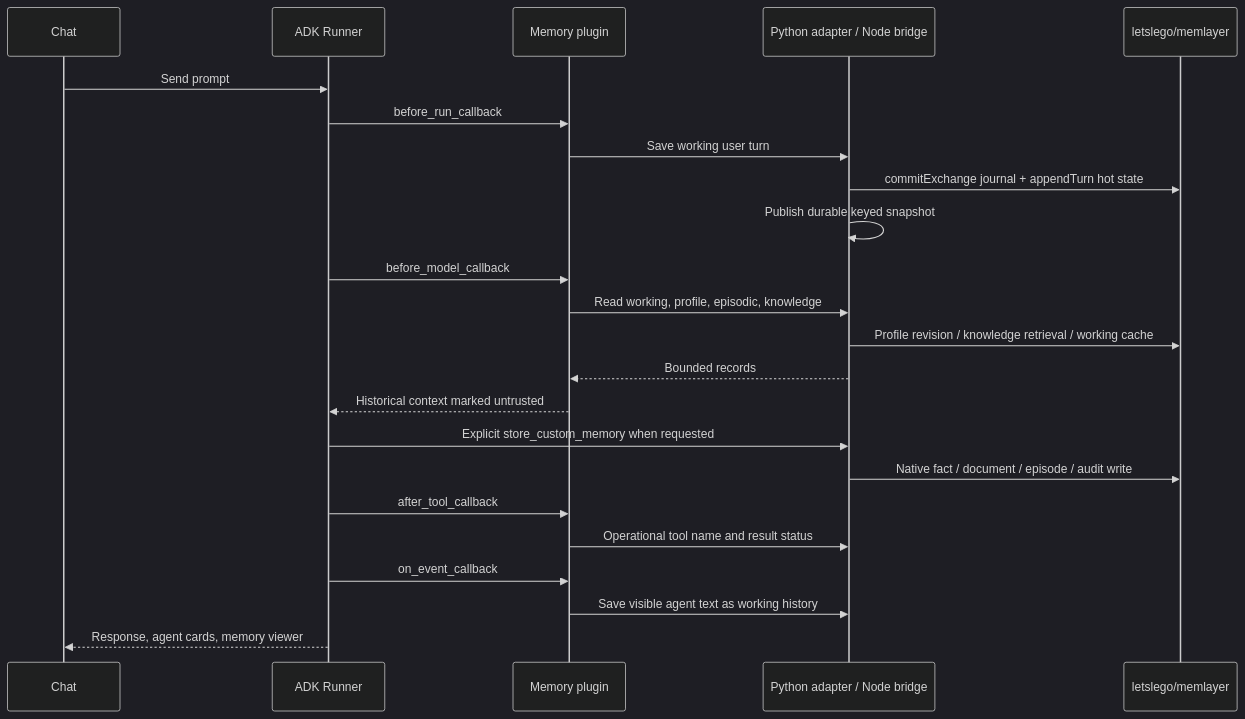
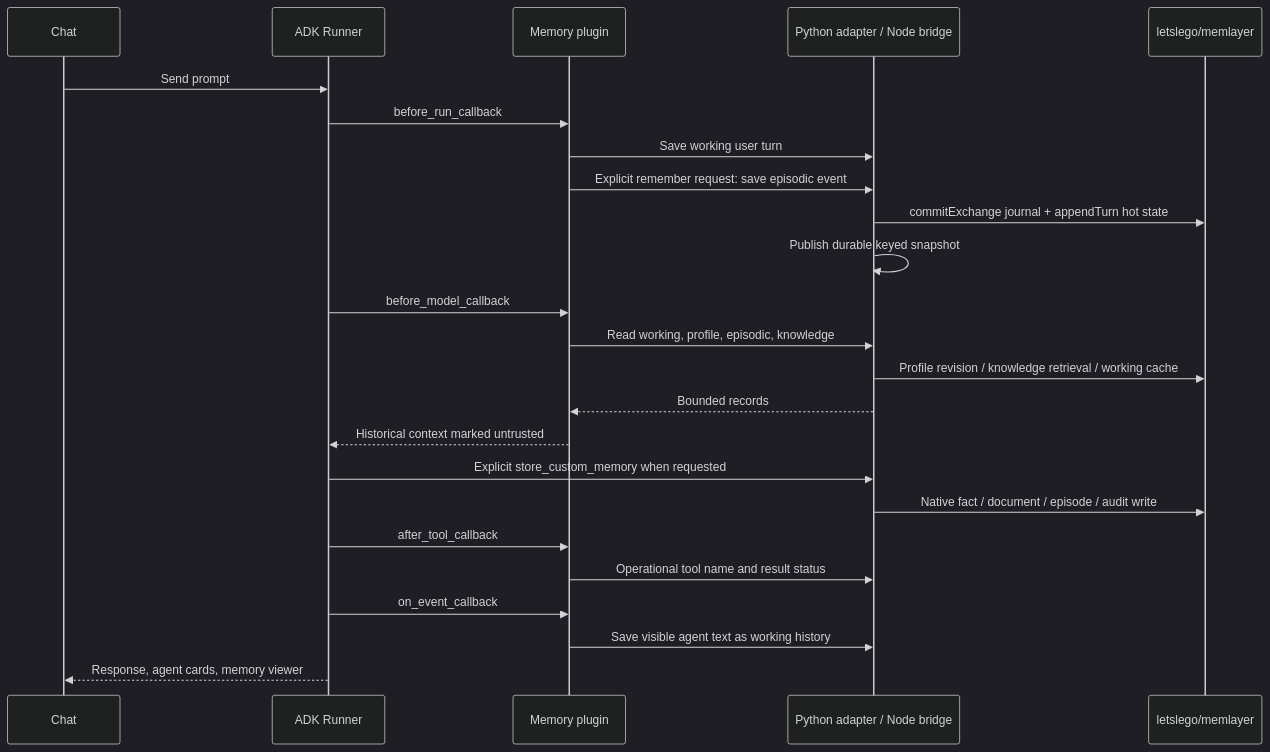
The second of 2 diagrams in docs/architecture.md (letslego/google-adk-router), drawn with Mermaid (dark theme) before and after one commit. The commit also changed 7 other files, not shown here.

Commit message:
Capture explicit remember requests as episodic events before model routing

````diff
--- a/docs/architecture.md
+++ b/docs/architecture.md
@@ -52,25 +52,26 @@
 ```mermaid
 sequenceDiagram
     participant UI as Chat
     participant ADK as ADK Runner
     participant Hook as Memory plugin
     participant Bridge as Python adapter / Node bridge
     participant ML as letslego/memlayer
     UI->>ADK: Send prompt
     ADK->>Hook: before_run_callback
     Hook->>Bridge: Save working user turn
+    Hook->>Bridge: Explicit remember request: save episodic event
     Bridge->>ML: commitExchange journal + appendTurn hot state
     Bridge->>Bridge: Publish durable keyed snapshot
     ADK->>Hook: before_model_callback
     Hook->>Bridge: Read working, profile, episodic, knowledge
     Bridge->>ML: Profile revision / knowledge retrieval / working cache
     Bridge-->>Hook: Bounded records
     Hook-->>ADK: Historical context marked untrusted
     ADK->>Bridge: Explicit store_custom_memory when requested
     Bridge->>ML: Native fact / document / episode / audit write
     ADK->>Hook: after_tool_callback
     Hook->>Bridge: Operational tool name and result status
     ADK->>Hook: on_event_callback
     Hook->>Bridge: Save visible agent text as working history
     ADK-->>UI: Response, agent cards, memory viewer
 ```
````
